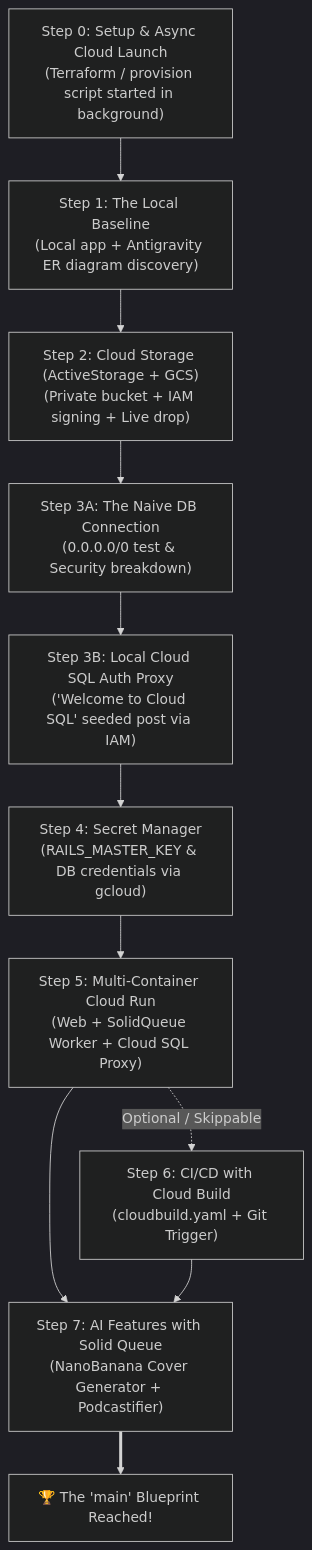
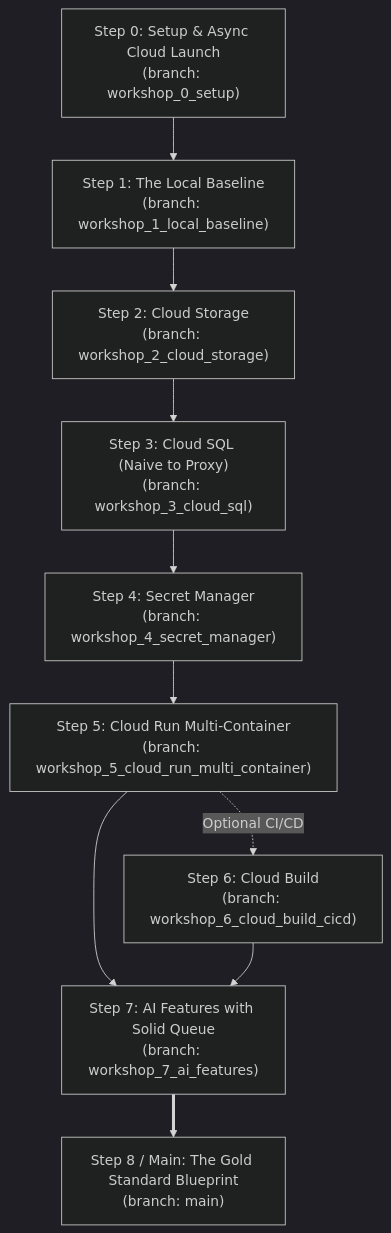
The diagram in workshop/UNTOUCHABLE-CONSTITUTION.md (palladius/rails8-app-on-gcp), drawn with Mermaid (dark theme) before and after one commit. The commit also changed other lines of this file and 1 other file, not shown here.

Commit message:
docs: add 1:1 master step index with branch names and verbatim diagram prompts

````diff
--- a/workshop/UNTOUCHABLE-CONSTITUTION.md
+++ b/workshop/UNTOUCHABLE-CONSTITUTION.md
@@ -74,13 +11,12 @@
 ```mermaid
 flowchart TD
-    S0["Step 0: Setup & Async Cloud Launch<br/>(Terraform / provision script started in background)"] --> S1["Step 1: The Local Baseline<br/>(Local app + Antigravity ER diagram discovery)"]
-    S1 --> S2["Step 2: Cloud Storage (ActiveStorage + GCS)<br/>(Private bucket + IAM signing + Live drop)"]
-    S2 --> S3A["Step 3A: The Naive DB Connection<br/>(0.0.0.0/0 test & Security breakdown)"]
-    S3A --> S3B["Step 3B: Local Cloud SQL Auth Proxy<br/>('Welcome to Cloud SQL' seeded post via IAM)"]
-    S3B --> S4["Step 4: Secret Manager<br/>(RAILS_MASTER_KEY & DB credentials via gcloud)"]
-    S4 --> S5["Step 5: Multi-Container Cloud Run<br/>(Web + SolidQueue Worker + Cloud SQL Proxy)"]
-    S5 -.->|Optional / Skippable| S6["Step 6: CI/CD with Cloud Build<br/>(cloudbuild.yaml + Git Trigger)"]
-    S5 --> S7["Step 7: AI Features with Solid Queue<br/>(NanoBanana Cover Generator + Podcastifier)"]
+    S0["Step 0: Setup & Async Cloud Launch<br/>(branch: workshop_0_setup)"] --> S1["Step 1: The Local Baseline<br/>(branch: workshop_1_local_baseline)"]
+    S1 --> S2["Step 2: Cloud Storage<br/>(branch: workshop_2_cloud_storage)"]
+    S2 --> S3["Step 3: Cloud SQL (Naive to Proxy)<br/>(branch: workshop_3_cloud_sql)"]
+    S3 --> S4["Step 4: Secret Manager<br/>(branch: workshop_4_secret_manager)"]
+    S4 --> S5["Step 5: Cloud Run Multi-Container<br/>(branch: workshop_5_cloud_run_multi_container)"]
+    S5 -.->|Optional CI/CD| S6["Step 6: Cloud Build<br/>(branch: workshop_6_cloud_build_cicd)"]
+    S5 --> S7["Step 7: AI Features with Solid Queue<br/>(branch: workshop_7_ai_features)"]
     S6 --> S7
-    S7 ==> MAIN["🏆 The 'main' Blueprint Reached!"]
+    S7 ==> S8["Step 8 / Main: The Gold Standard Blueprint<br/>(branch: main)"]
 ```
````
